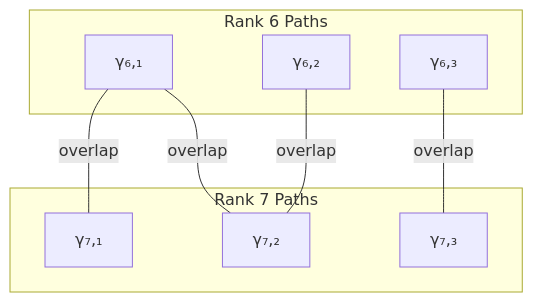
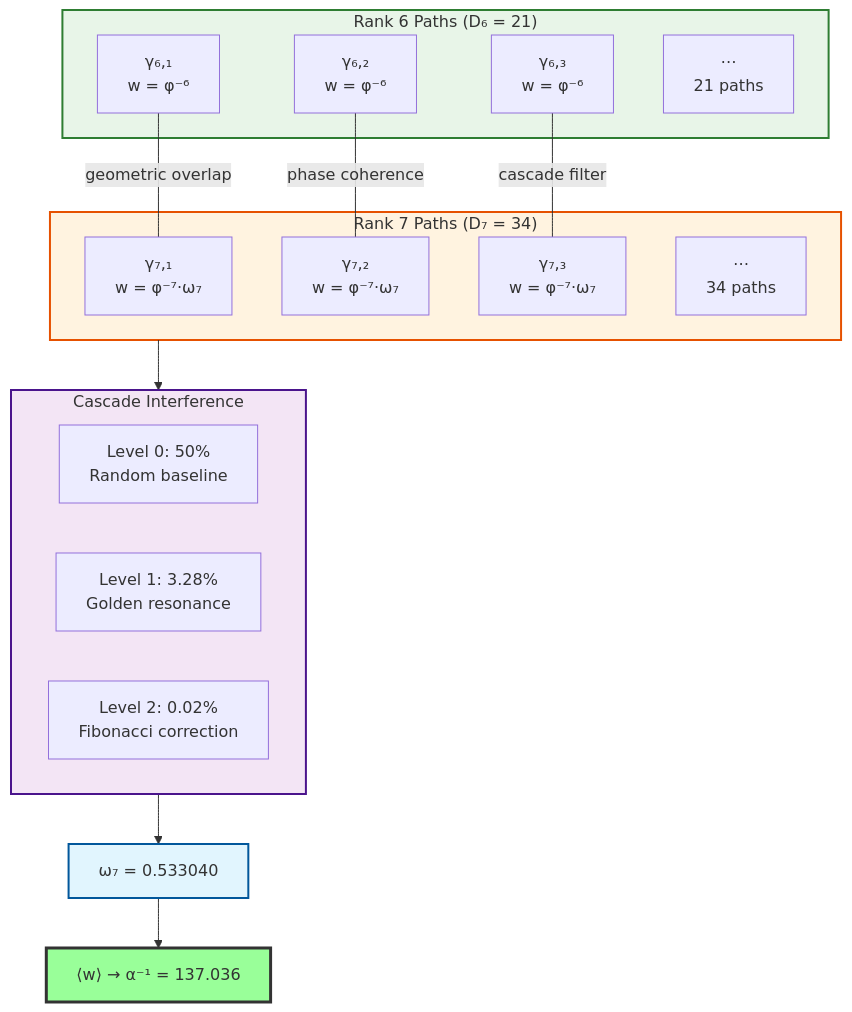
One commit to loning/the-phys changed the second of 2 diagrams in docs/psi-constants/part-03-spectral-constants/chapter-033-alpha-average-collapse-weight-rank-paths.md. Above: the diagram before and after it, drawn with Mermaid. The commit also changed other lines of this file and 2 other files, not shown here.

````diff
--- a/docs/psi-constants/part-03-spectral-constants/chapter-033-alpha-average-collapse-weight-rank-paths.md
+++ b/docs/psi-constants/part-03-spectral-constants/chapter-033-alpha-average-collapse-weight-rank-paths.md
@@ -455,19 +477,36 @@
 ```mermaid
 graph TD
-    subgraph "Rank 6 Paths"
-        P6_1["γ₆,₁"]
-        P6_2["γ₆,₂"]
-        P6_3["γ₆,₃"]
+    subgraph R6["Rank 6 Paths (D₆ = 21)"]
+        P6_1["γ₆,₁<br/>w = φ⁻⁶"]
+        P6_2["γ₆,₂<br/>w = φ⁻⁶"]
+        P6_3["γ₆,₃<br/>w = φ⁻⁶"]
+        P6_dots["⋯<br/>21 paths"]
     end
     
-    subgraph "Rank 7 Paths"
-        P7_1["γ₇,₁"]
-        P7_2["γ₇,₂"]
-        P7_3["γ₇,₃"]
+    subgraph R7["Rank 7 Paths (D₇ = 34)"]
+        P7_1["γ₇,₁<br/>w = φ⁻⁷·ω₇"]
+        P7_2["γ₇,₂<br/>w = φ⁻⁷·ω₇"]
+        P7_3["γ₇,₃<br/>w = φ⁻⁷·ω₇"]
+        P7_dots["⋯<br/>34 paths"]
     end
     
-    P6_1 ---|"overlap"| P7_1
-    P6_1 ---|"overlap"| P7_2
-    P6_2 ---|"overlap"| P7_2
-    P6_3 ---|"overlap"| P7_3
+    subgraph CASCADE["Cascade Interference"]
+        C0["Level 0: 50%<br/>Random baseline"]
+        C1["Level 1: 3.28%<br/>Golden resonance"]
+        C2["Level 2: 0.02%<br/>Fibonacci correction"]
+    end
+    
+    P6_1 ---|"geometric overlap"| P7_1
+    P6_2 ---|"phase coherence"| P7_2
+    P6_3 ---|"cascade filter"| P7_3
+    
+    R7 --> CASCADE
+    CASCADE --> VISIBILITY["ω₇ = 0.533040"]
+    VISIBILITY --> RESULT["⟨w⟩ → α⁻¹ = 137.036"]
+    
+    style R6 fill:#e8f5e8,stroke:#2e7d32,stroke-width:2px
+    style R7 fill:#fff3e0,stroke:#e65100,stroke-width:2px
+    style CASCADE fill:#f3e5f5,stroke:#4a148c,stroke-width:2px
+    style VISIBILITY fill:#e1f5fe,stroke:#01579b,stroke-width:2px
+    style RESULT fill:#9f9,stroke:#333,stroke-width:3px
 ```
````
